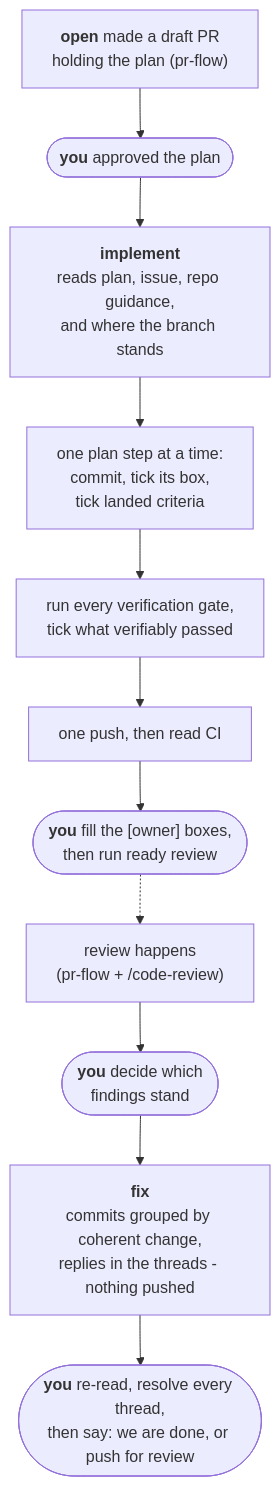
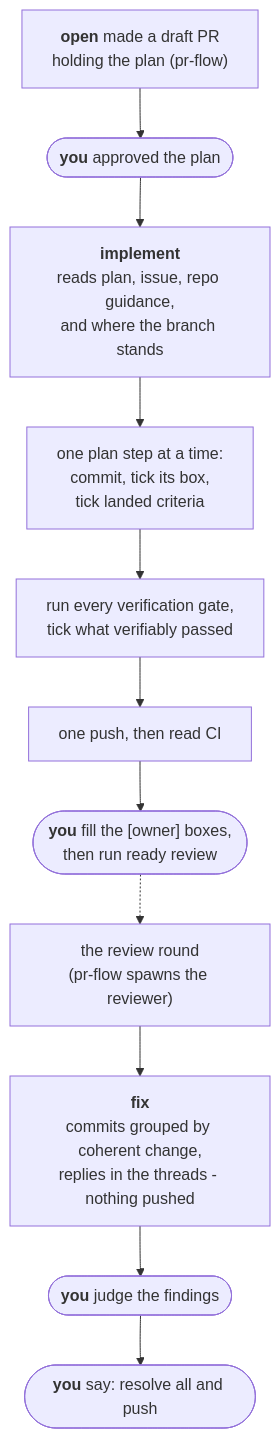
One commit to izkreny/agentifico changed the diagram in plugins/gh-solo/skills/implement/README.md. Above: the diagram before and after it, drawn with Mermaid. The commit also changed other lines of this file and 33 other files, not shown here.

First line of the commit message:
feat!: rebuild the review round around a shipped reviewer (#1)

````diff
--- a/plugins/gh-solo/skills/implement/README.md
+++ b/plugins/gh-solo/skills/implement/README.md
@@ -11,13 +11,13 @@
 ```mermaid
 flowchart TD
     A["<b>open</b> made a draft PR<br/>holding the plan (pr-flow)"] --> STOP(["<b>you</b> approved the plan"])
     STOP --> B["<b>implement</b><br/>reads plan, issue, repo guidance,<br/>and where the branch stands"]
     B --> C["one plan step at a time:<br/>commit, tick its box,<br/>tick landed criteria"]
     C --> D["run every verification gate,<br/>tick what verifiably passed"]
     D --> E["one push, then read CI"]
     E --> F(["<b>you</b> fill the [owner] boxes,<br/>then run ready review"])
-    F -.-> G["review happens<br/>(pr-flow + /code-review)"]
-    G --> H(["<b>you</b> decide which<br/>findings stand"])
-    H --> I["<b>fix</b><br/>commits grouped by coherent change,<br/>replies in the threads - nothing pushed"]
-    I --> J(["<b>you</b> re-read, resolve every thread,<br/>then say: we are done, or push for review"])
+    F -.-> G["the review round<br/>(pr-flow spawns the reviewer)"]
+    G --> I["<b>fix</b><br/>commits grouped by coherent change,<br/>replies in the threads - nothing pushed"]
+    I --> H(["<b>you</b> judge the findings"])
+    H --> J(["<b>you</b> say: resolve all and push"])
 ```
````
